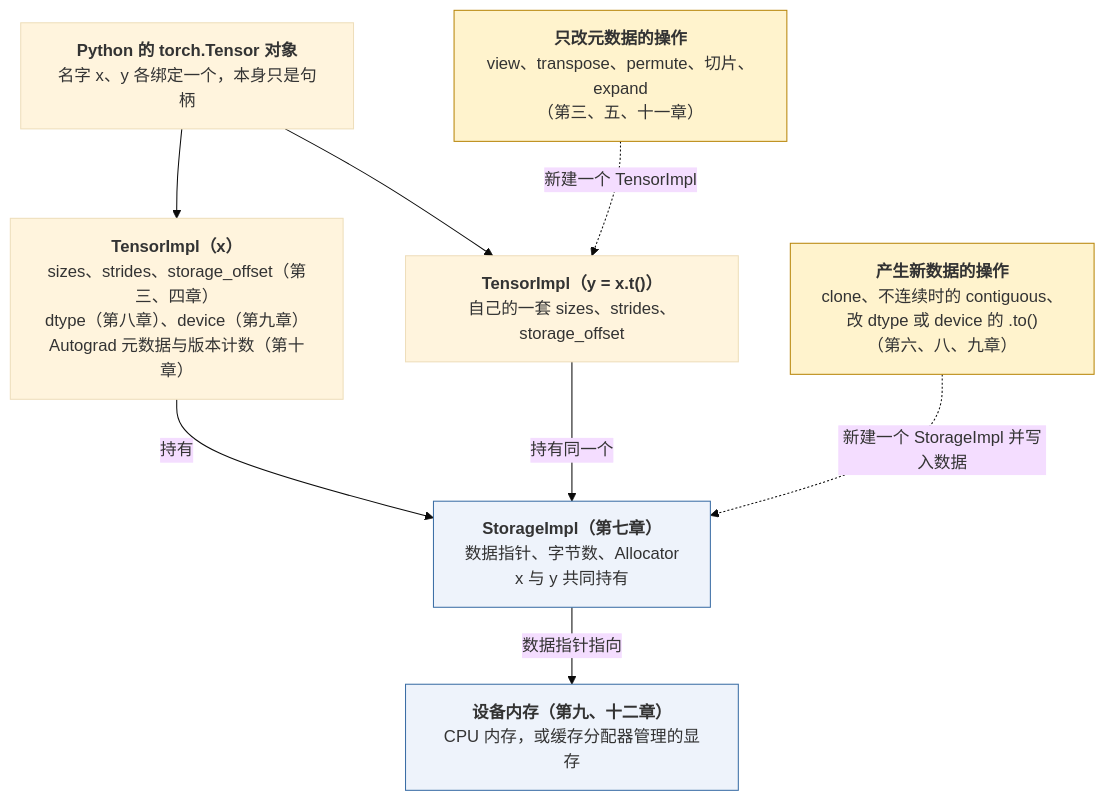
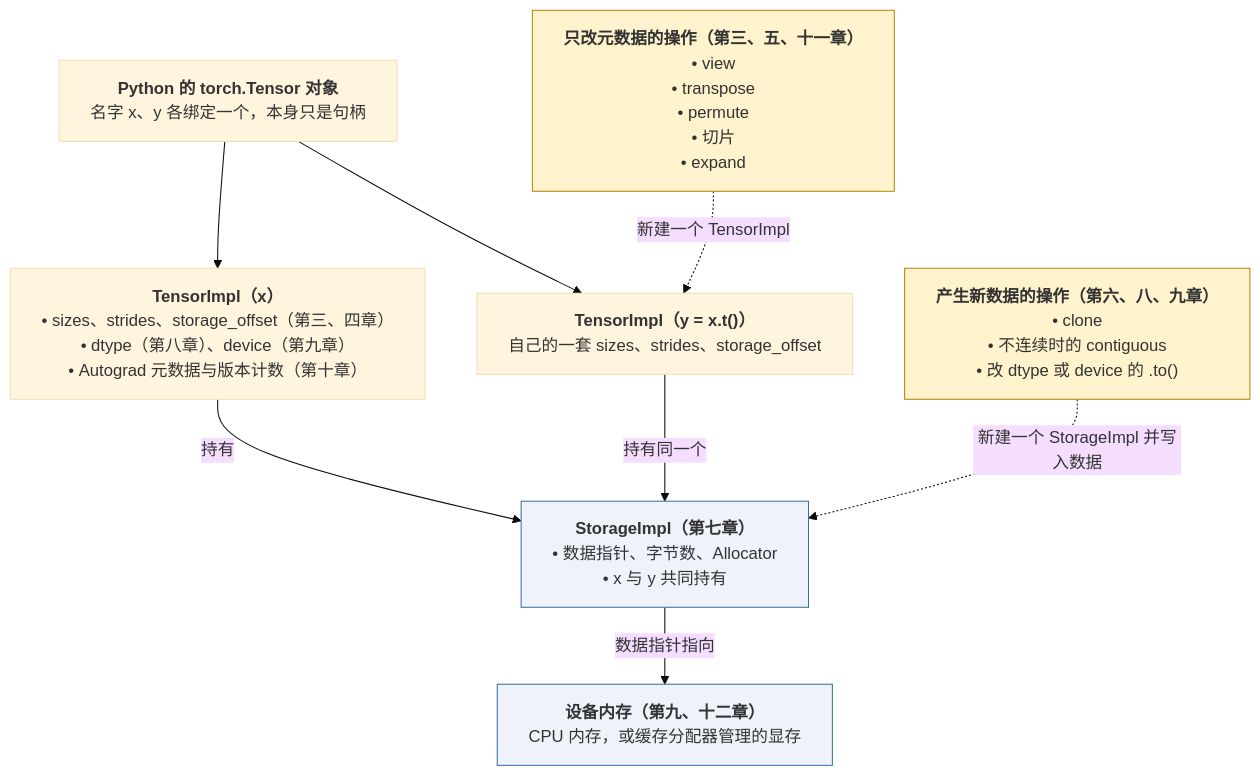
The first of 6 diagrams in _posts/2026-02-18-pytorch-tensor-and-memory-layout.md (arganzheng/arganzheng.github.com), drawn with Mermaid (base theme) before and after one commit. The commit also changed other lines of this file and 9 other files, not shown here.

First line of the commit message:
PyTorch 系列其余 9 篇：流程图方框改成「标题 + 列表」

````diff
--- a/_posts/2026-02-18-pytorch-tensor-and-memory-layout.md
+++ b/_posts/2026-02-18-pytorch-tensor-and-memory-layout.md
@@ -36,25 +36,25 @@
 ```mermaid
-%%{init: {"flowchart": {"wrappingWidth": 260}}}%%
+%%{init: {"flowchart": {"wrappingWidth": 540}}}%%
 %% 图：一个 Tensor 的组成与两类操作：Python 句柄、TensorImpl 元数据、StorageImpl 与设备内存
 flowchart TB
     PY["<b>Python 的 torch.Tensor 对象</b><br/>名字 x、y 各绑定一个，本身只是句柄"]
-    TA["<b>TensorImpl（x）</b><br/>sizes、strides、storage_offset（第三、四章）<br/>dtype（第八章）、device（第九章）<br/>Autograd 元数据与版本计数（第十章）"]
+    TA["<b>TensorImpl（x）</b><br/>• sizes、strides、storage_offset（第三、四章）<br/>• dtype（第八章）、device（第九章）<br/>• Autograd 元数据与版本计数（第十章）"]
     TV["<b>TensorImpl（y = x.t()）</b><br/>自己的一套 sizes、strides、storage_offset"]
-    ST["<b>StorageImpl（第七章）</b><br/>数据指针、字节数、Allocator<br/>x 与 y 共同持有"]
+    ST["<b>StorageImpl（第七章）</b><br/>• 数据指针、字节数、Allocator<br/>• x 与 y 共同持有"]
     MEM["<b>设备内存（第九、十二章）</b><br/>CPU 内存，或缓存分配器管理的显存"]
-    OPV["<b>只改元数据的操作</b><br/>view、transpose、permute、切片、expand<br/>（第三、五、十一章）"]
-    OPC["<b>产生新数据的操作</b><br/>clone、不连续时的 contiguous、<br/>改 dtype 或 device 的 .to()<br/>（第六、八、九章）"]
+    OPV["<b>只改元数据的操作（第三、五、十一章）</b><br/>• view<br/>• transpose<br/>• permute<br/>• 切片<br/>• expand"]
+    OPC["<b>产生新数据的操作（第六、八、九章）</b><br/>• clone<br/>• 不连续时的 contiguous<br/>• 改 dtype 或 device 的 .to()"]
 
     PY --> TA
     PY --> TV
     TA -- "持有" --> ST
     TV -- "持有同一个" --> ST
     ST -- "数据指针指向" --> MEM
     OPV -. "新建一个 TensorImpl" .-> TV
     OPC -. "新建一个 StorageImpl 并写入数据" .-> ST
 
     classDef op fill:#fff3cd,stroke:#b8860b;
     classDef mem fill:#eef3fb,stroke:#3b6ea5;
     class OPV,OPC op;
     class ST,MEM mem;
 ```
````
